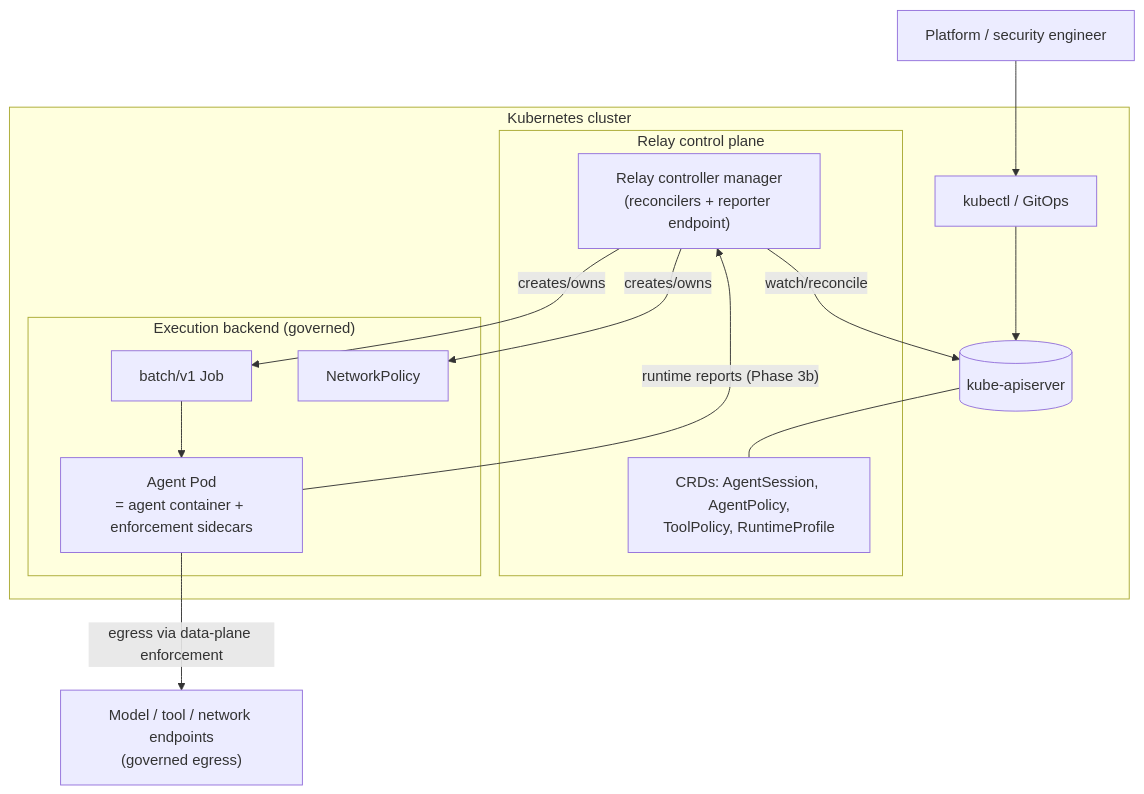
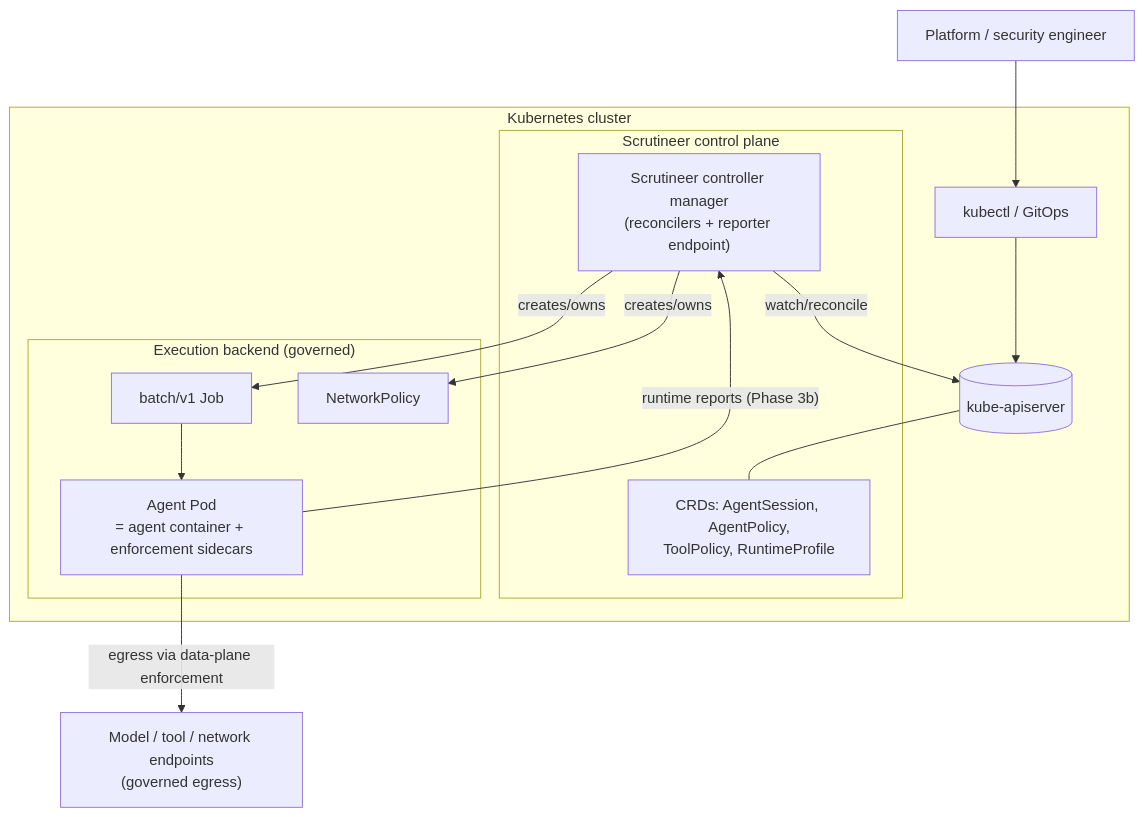
The second of 7 diagrams in docs/design/architecture.md (grantbarry29/Scrutineer), drawn with Mermaid before and after one commit. The commit also changed other lines of this file and 261 other files, not shown here.

First line of the commit message:
chore: rename Relay -> Scrutineer (module path, API group, names) (refs #51)

````diff
--- a/docs/design/architecture.md
+++ b/docs/design/architecture.md
@@ -55,31 +55,31 @@
 ```mermaid
 flowchart TB
     user["Platform / security engineer"]
     kubectl["kubectl / GitOps"]
     user --> kubectl
 
     subgraph k8s["Kubernetes cluster"]
-        subgraph cp["Relay control plane"]
+        subgraph cp["Scrutineer control plane"]
             crds["CRDs: AgentSession, AgentPolicy,\nToolPolicy, RuntimeProfile"]
-            ctrl["Relay controller manager\n(reconcilers + reporter endpoint)"]
+            ctrl["Scrutineer controller manager\n(reconcilers + reporter endpoint)"]
         end
 
         subgraph exec["Execution backend (governed)"]
             job["batch/v1 Job"]
             pod["Agent Pod\n= agent container + enforcement sidecars"]
             np["NetworkPolicy"]
             job --> pod
         end
 
         api[("kube-apiserver")]
         kubectl --> api
         api --- crds
         ctrl -- watch/reconcile --> api
         ctrl -- creates/owns --> job
         ctrl -- creates/owns --> np
         pod -- "runtime reports (Phase 3b)" --> ctrl
     end
 
     provider["Model / tool / network endpoints\n(governed egress)"]
     pod -- "egress via data-plane enforcement" --> provider
 ```
````
